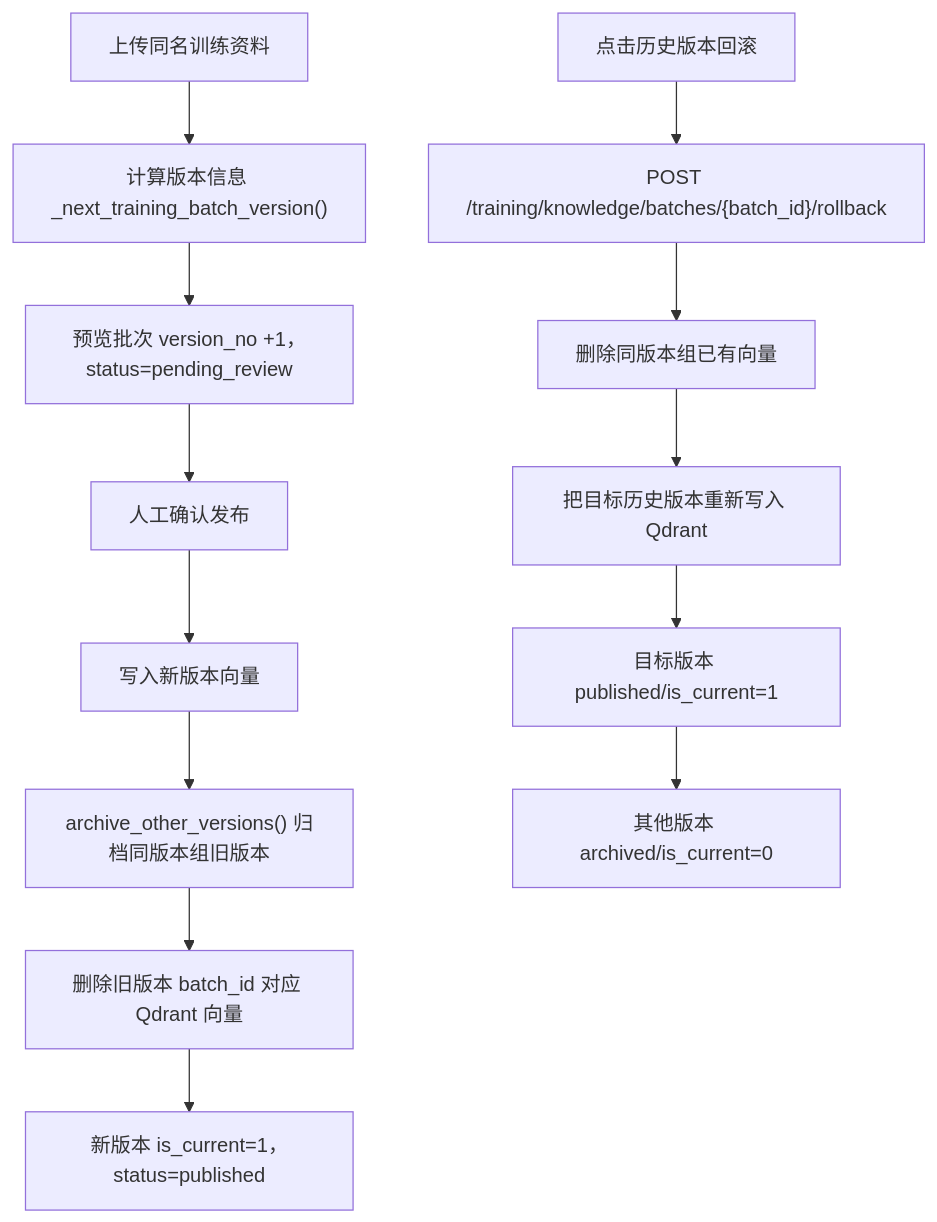
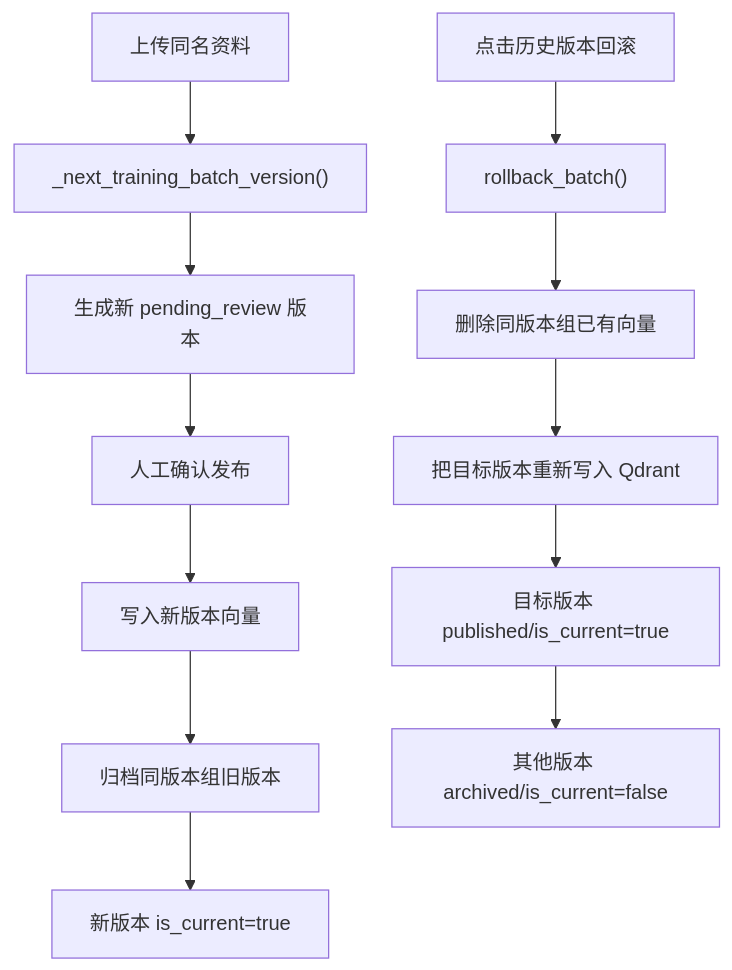
Before and after one commit to chen-liang-22/AI_RAG_Agent_Project: the fifth of 5 diagrams in docs/销售训练资料管理上传文件流程.md, drawn with Mermaid. The commit also changed other lines of this file and 6 other files, not shown here.

````diff
--- a/docs/销售训练资料管理上传文件流程.md
+++ b/docs/销售训练资料管理上传文件流程.md
@@ -325,16 +259,15 @@
 ```mermaid
 flowchart TD
-    A["上传同名训练资料"] --> B["计算版本信息 _next_training_batch_version()"]
-    B --> C["预览批次 version_no +1，status=pending_review"]
+    A["上传同名资料"] --> B["_next_training_batch_version()"]
+    B --> C["生成新 pending_review 版本"]
     C --> D["人工确认发布"]
     D --> E["写入新版本向量"]
-    E --> F["archive_other_versions() 归档同版本组旧版本"]
-    F --> G["删除旧版本 batch_id 对应 Qdrant 向量"]
-    G --> H["新版本 is_current=1，status=published"]
+    E --> F["归档同版本组旧版本"]
+    F --> G["新版本 is_current=true"]
 
-    I["点击历史版本回滚"] --> J["POST /training/knowledge/batches/{batch_id}/rollback"]
-    J --> K["删除同版本组已有向量"]
-    K --> L["把目标历史版本重新写入 Qdrant"]
-    L --> M["目标版本 published/is_current=1"]
-    M --> N["其他版本 archived/is_current=0"]
+    H["点击历史版本回滚"] --> I["rollback_batch()"]
+    I --> J["删除同版本组已有向量"]
+    J --> K["把目标版本重新写入 Qdrant"]
+    K --> L["目标版本 published/is_current=true"]
+    L --> M["其他版本 archived/is_current=false"]
 ```
````
